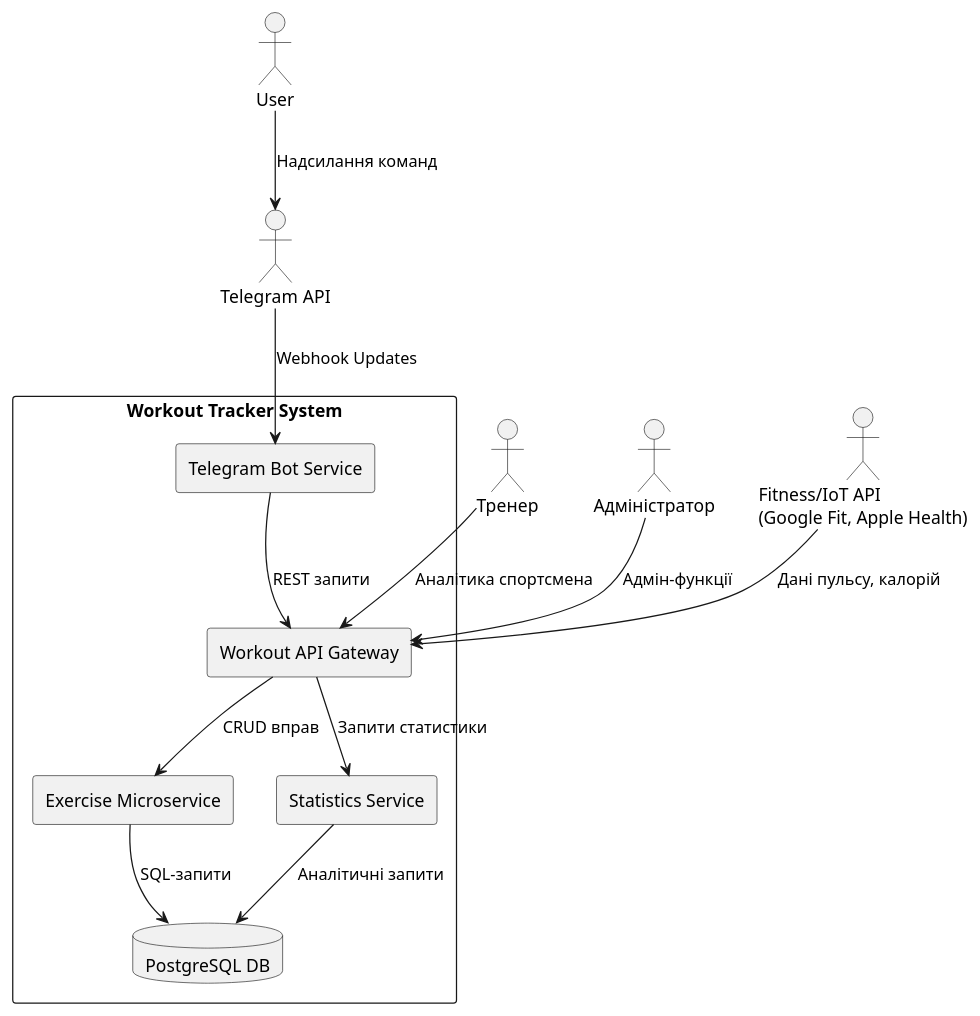
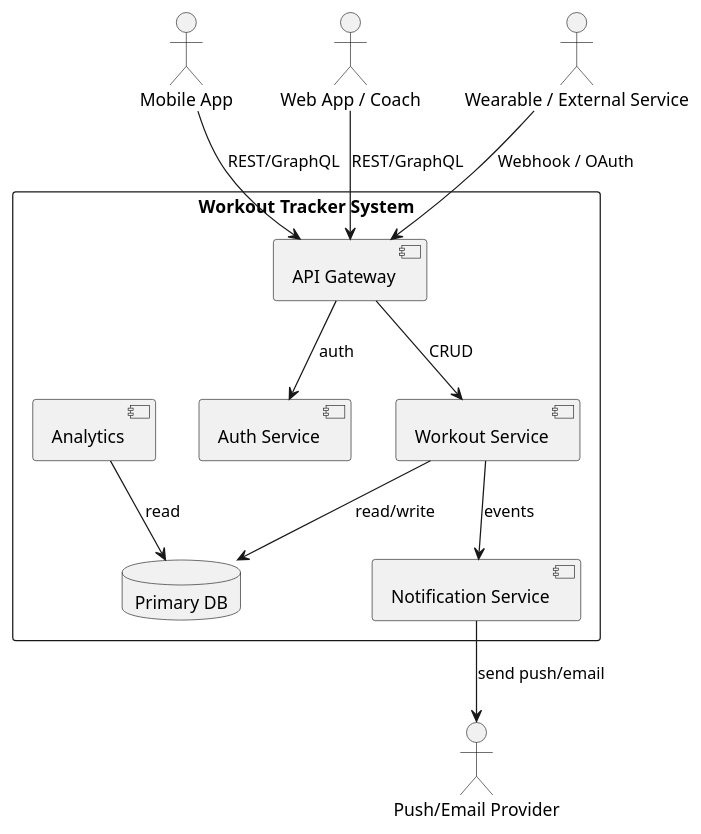
Before and after one commit to Mini-max-Maxi-min/projecr-go: the first of 2 diagrams in laba1/README.md, drawn with PlantUML. The commit also changed other lines of this file, not shown here.

````diff
--- a/laba1/README.md
+++ b/laba1/README.md
@@ -122,29 +111,25 @@
+```plantuml
 @startuml
-actor User as U
-actor "Тренер" as Coach
-actor "Адміністратор" as Admin
-actor "Telegram API" as TG
-actor "Fitness/IoT API\n(Google Fit, Apple Health)" as IoT
-
-rectangle "Workout Tracker System" as WTS {
-    rectangle "Telegram Bot Service" as Bot
-    rectangle "Workout API Gateway" as API
-    rectangle "Exercise Microservice" as EX
-    rectangle "Statistics Service" as STATS
-    database "PostgreSQL DB" as DB
+actor "Mobile App" as Mobile
+actor "Web App / Coach" as Web
+actor "Wearable / External Service" as Wear
+actor "Push/Email Provider" as Notify
+rectangle "Workout Tracker System" {
+  component "API Gateway" as API
+  component "Auth Service" as Auth
+  component "Workout Service" as Workout
+  component "Analytics" as Analytics
+  component "Notification Service" as Notif
+  database "Primary DB" as DB
 }
-
-U --> TG : Надсилання команд
-TG --> Bot : Webhook Updates
-Bot --> API : REST запити
-API --> EX : CRUD вправ
-API --> STATS : Запити статистики
-
-IoT --> API : Дані пульсу, калорій
-EX --> DB : SQL-запити
-STATS --> DB : Аналітичні запити
-
-Coach --> API : Аналітика спортсмена
-Admin --> API : Адмін-функції
-
+Mobile --> API : REST/GraphQL
+Web --> API : REST/GraphQL
+Wear --> API : Webhook / OAuth
+API --> Auth : auth
+API --> Workout : CRUD
+Workout --> DB : read/write
+Analytics --> DB : read
+Workout --> Notif : events
+Notif --> Notify : send push/email
 @enduml
+```
````
